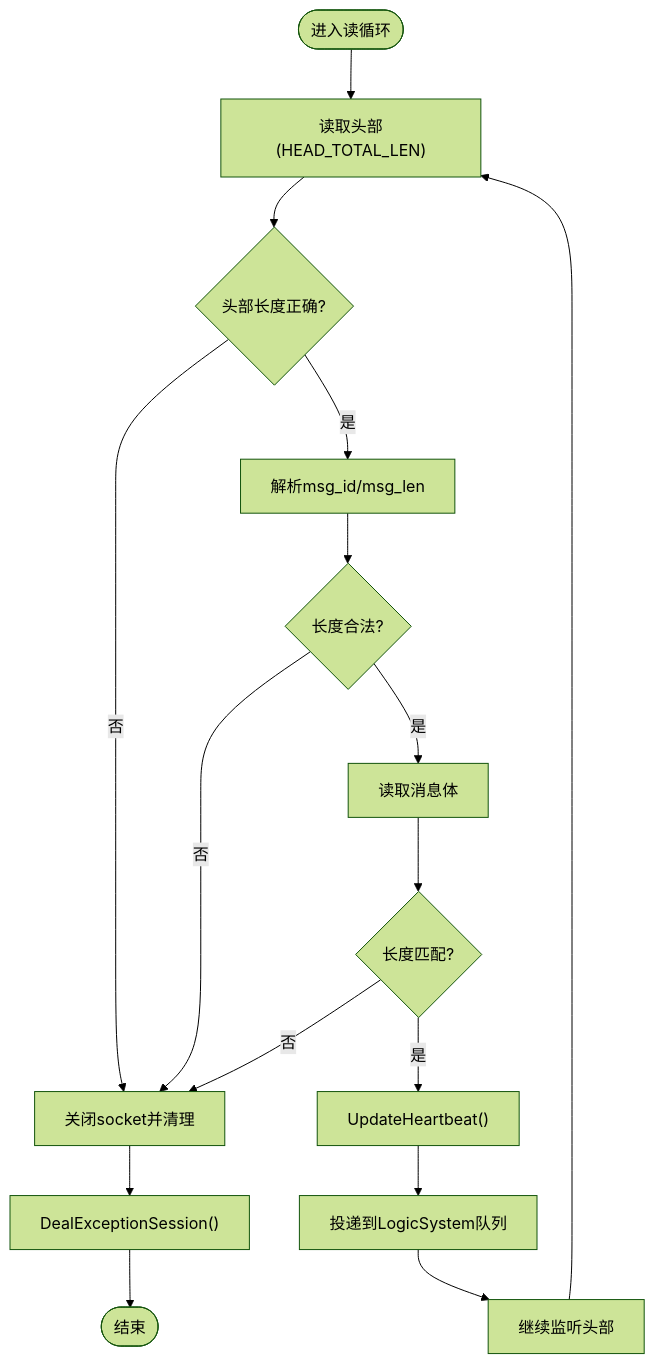
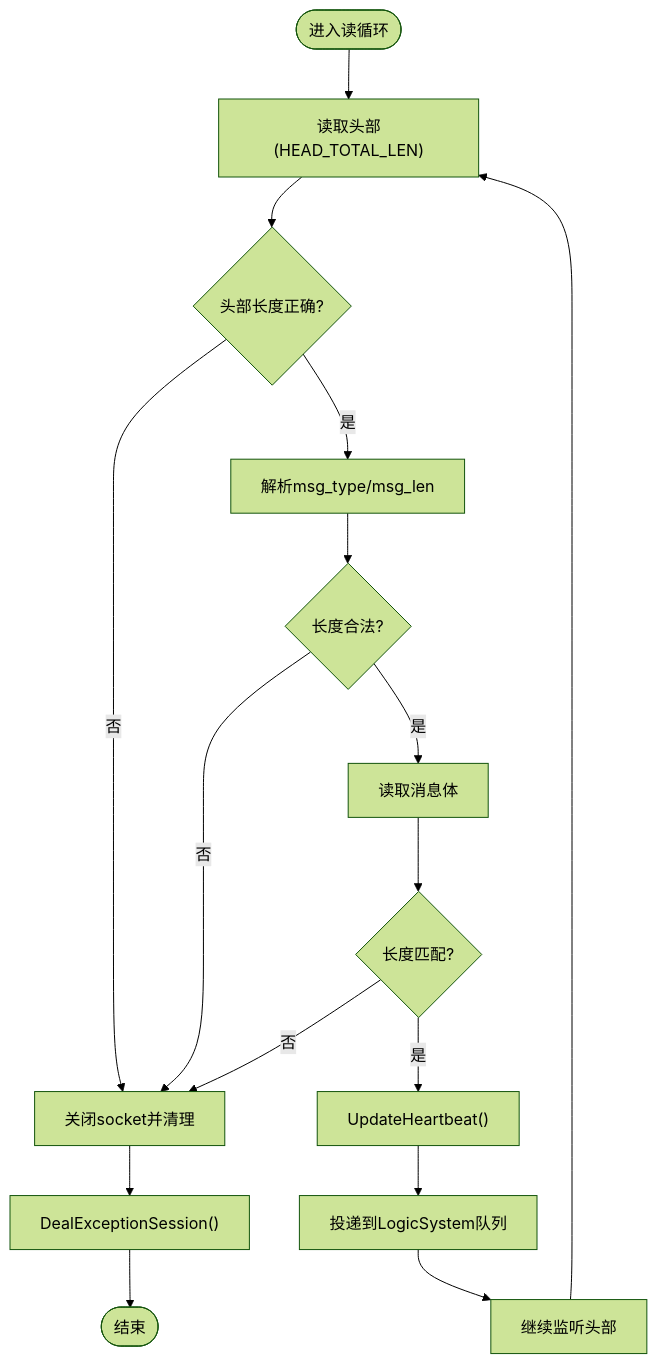
The third of 10 diagrams in .qoder/repowiki/zh/content/安全设计/身份认证系统/会话管理机制.md (echo9923/mychatter), drawn with Mermaid (forest theme) before and after one commit. The commit also changed other lines of this file and 128 other files, not shown here.

First line of the commit message:
refactor(protocol): TCP 帧头消息类型 msg_id 全局改名为 msg_type

````diff
--- a/.qoder/repowiki/zh/content/安全设计/身份认证系统/会话管理机制.md
+++ b/.qoder/repowiki/zh/content/安全设计/身份认证系统/会话管理机制.md
@@ -134,18 +134,18 @@
 ```mermaid
 flowchart TD
 Start(["进入读循环"]) --> ReadHead["读取头部(HEAD_TOTAL_LEN)"]
 ReadHead --> HeadOK{"头部长度正确?"}
 HeadOK --> |否| ErrClose["关闭socket并清理"]
-HeadOK --> |是| ParseHead["解析msg_id/msg_len"]
+HeadOK --> |是| ParseHead["解析msg_type/msg_len"]
 ParseHead --> LenOK{"长度合法?"}
 LenOK --> |否| ErrClose
 LenOK --> |是| ReadBody["读取消息体"]
 ReadBody --> BodyOK{"长度匹配?"}
 BodyOK --> |否| ErrClose
 BodyOK --> |是| UpdateHB["UpdateHeartbeat()"]
 UpdateHB --> Dispatch["投递到LogicSystem队列"]
 Dispatch --> Next["继续监听头部"]
 ErrClose --> Clean["DealExceptionSession()"]
 Clean --> End(["结束"])
 Next --> ReadHead
 ```
````
